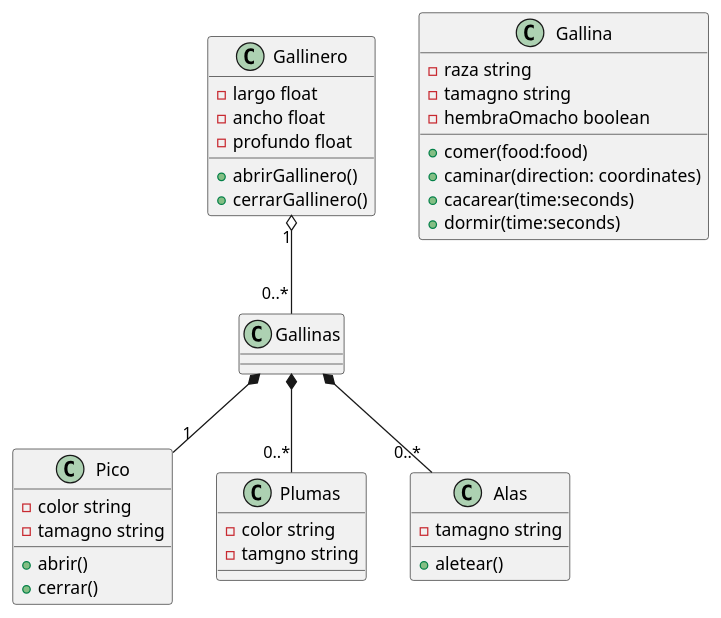
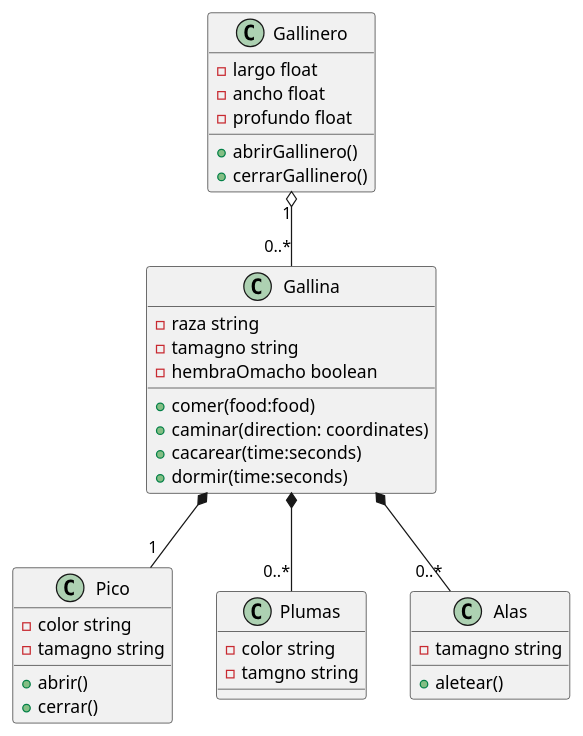
Before and after one commit to 3rickDJ/JavaDabaDu: the diagram in chikenCoop.plantuml, drawn with PlantUML.

```diff
--- a/chikenCoop.plantuml
+++ b/chikenCoop.plantuml
@@ -1,36 +1,36 @@
 @startuml
 class Gallinero{
 -largo float
 -ancho float
 -profundo float
 +abrirGallinero()
 +cerrarGallinero()
 }
 class Gallina{
 -raza string
 -tamagno string
 -hembraOmacho boolean
 +comer(food:food)
 +caminar(direction: coordinates)
 +cacarear(time:seconds)
 +dormir(time:seconds)
 }
 class Pico{
 -color string
 -tamagno string
 +abrir()
 +cerrar()
 }
 class Plumas{
 -color string
 -tamgno string
 }
 class Alas{
 -tamagno string
 +aletear()
 }
-Gallinero "1" o-- "0..*" Gallinas
-Gallinas *-- "0..*" Plumas
-Gallinas *-- "0..*" Alas
-Gallinas *-- "1" Pico
+Gallinero "1" o-- "0..*" Gallina
+Gallina *-- "0..*" Plumas
+Gallina *-- "0..*" Alas
+Gallina *-- "1" Pico
 @enduml
```
